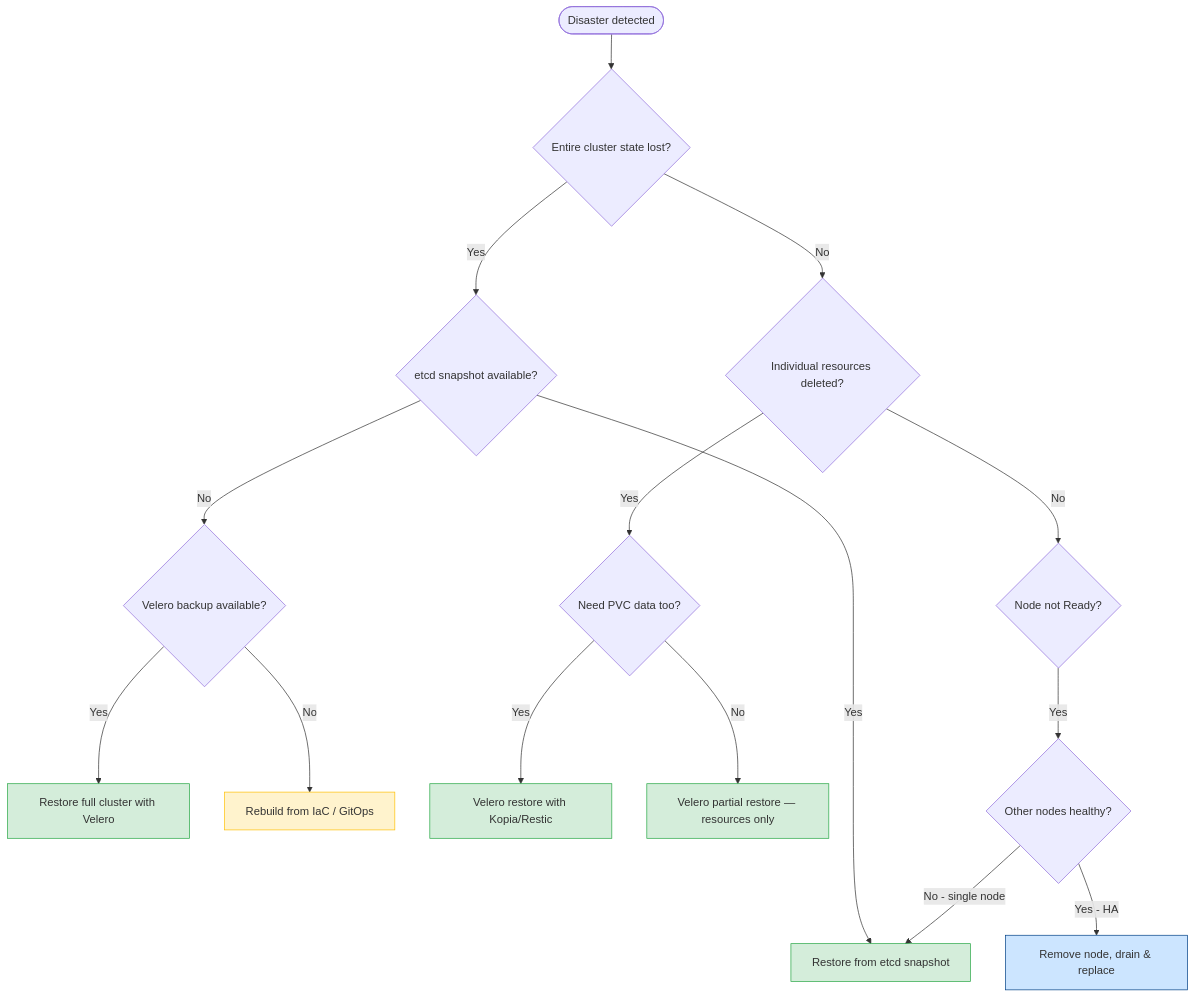
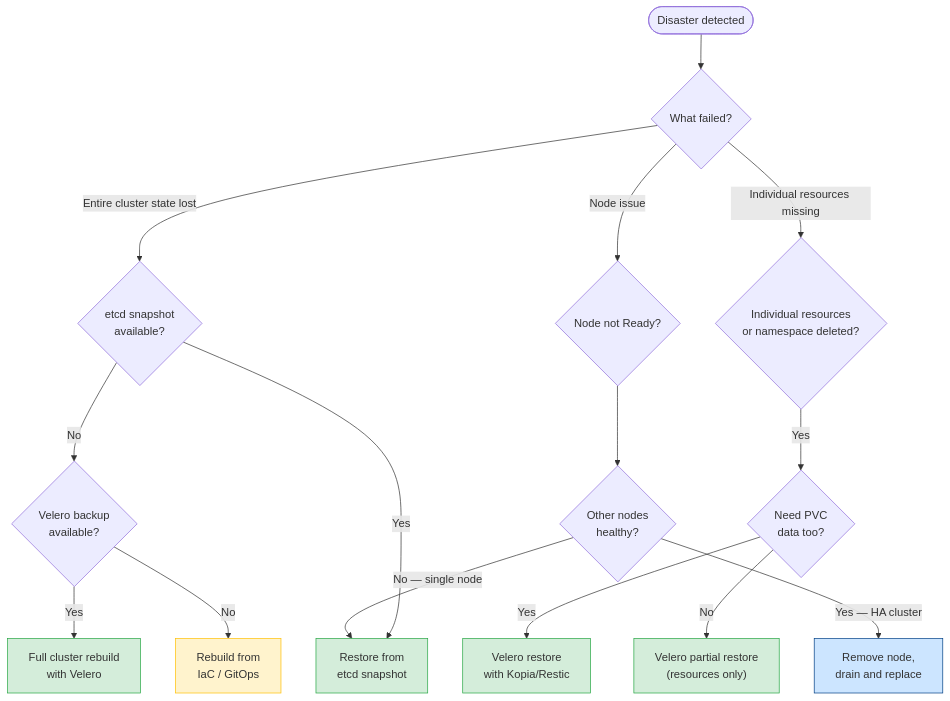
One commit to UncleJS/course_k3s changed the first of 5 diagrams in 13_backup_and_dr/03_cluster_restore.md. Above: the diagram before and after it, drawn with Mermaid. The commit also changed other lines of this file and 45 other files, not shown here.

First line of the commit message:
Expand all course lessons: Mermaid diagrams + rich prose across 43 files

````diff
--- a/13_backup_and_dr/03_cluster_restore.md
+++ b/13_backup_and_dr/03_cluster_restore.md
@@ -40,30 +42,44 @@
 ```mermaid
 flowchart TD
-    START([Disaster detected]) --> Q1{Entire cluster state lost?}
+    START(["Disaster detected"])
+    Q1{"What failed?"}
+    Q2{"etcd snapshot<br/>available?"}
+    Q3{"Individual resources<br/>or namespace deleted?"}
+    Q4{"Velero backup<br/>available?"}
+    Q5{"Need PVC<br/>data too?"}
+    Q6{"Node not Ready?"}
+    Q7{"Other nodes<br/>healthy?"}
 
-    Q1 -->|Yes| Q2{etcd snapshot available?}
-    Q1 -->|No| Q3{Individual resources deleted?}
+    R1["Restore from<br/>etcd snapshot"]
+    R2["Full cluster rebuild<br/>with Velero"]
+    R3["Rebuild from<br/>IaC / GitOps"]
+    R4["Velero restore<br/>with Kopia/Restic"]
+    R5["Velero partial restore<br/>(resources only)"]
+    R6["Remove node,<br/>drain and replace"]
 
-    Q2 -->|Yes| R1[Restore from etcd snapshot]
-    Q2 -->|No| Q4{Velero backup available?}
+    START --> Q1
+    Q1 -->|"Entire cluster state lost"| Q2
+    Q1 -->|"Individual resources missing"| Q3
+    Q1 -->|"Node issue"| Q6
 
-    Q4 -->|Yes| R2[Restore full cluster with Velero]
-    Q4 -->|No| R3[Rebuild from IaC / GitOps]
+    Q2 -->|"Yes"| R1
+    Q2 -->|"No"| Q4
 
-    Q3 -->|Yes| Q5{Need PVC data too?}
-    Q3 -->|No| Q6{Node not Ready?}
+    Q4 -->|"Yes"| R2
+    Q4 -->|"No"| R3
 
-    Q5 -->|Yes| R4[Velero restore with Kopia/Restic]
-    Q5 -->|No| R5[Velero partial restore — resources only]
+    Q3 -->|"Yes"| Q5
+    Q5 -->|"Yes"| R4
+    Q5 -->|"No"| R5
 
-    Q6 -->|Yes| Q7{Other nodes healthy?}
-    Q7 -->|Yes - HA| R6[Remove node, drain & replace]
-    Q7 -->|No - single node| R1
+    Q6 --> Q7
+    Q7 -->|"Yes — HA cluster"| R6
+    Q7 -->|"No — single node"| R1
 
     style R1 fill:#d4edda,stroke:#28a745
     style R2 fill:#d4edda,stroke:#28a745
     style R3 fill:#fff3cd,stroke:#ffc107
     style R4 fill:#d4edda,stroke:#28a745
     style R5 fill:#d4edda,stroke:#28a745
     style R6 fill:#cce5ff,stroke:#004085
 ```
````
